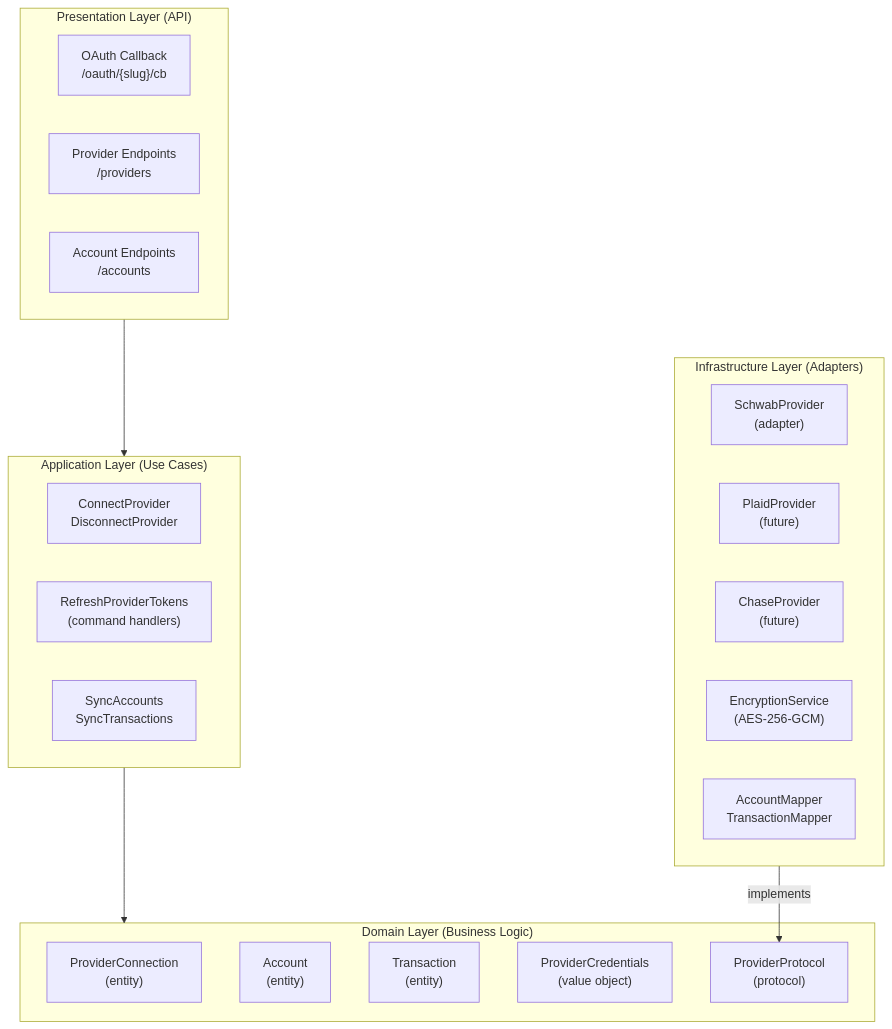
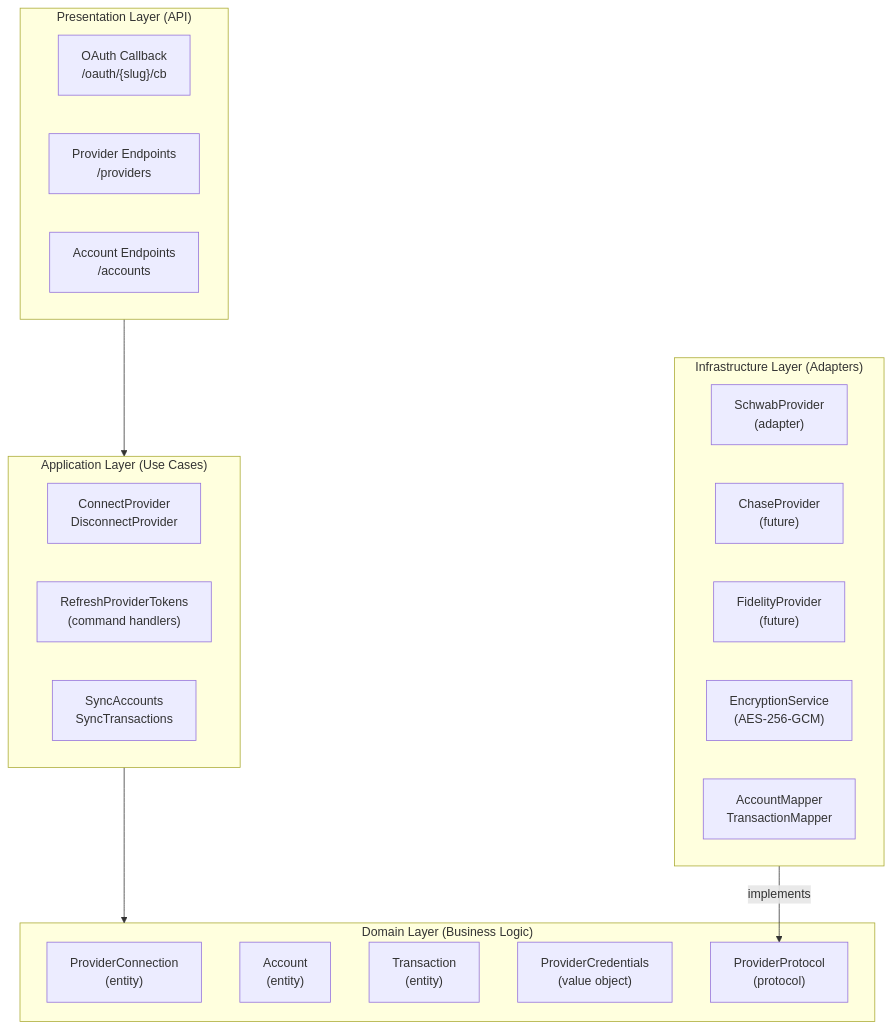
Before and after one commit to faiyaz7283/dashtam-api: the first of 3 diagrams in docs/architecture/provider-integration-architecture.md, drawn with Mermaid. The commit also changed other lines of this file and 28 other files, not shown here.

First line of the commit message:
docs(provider): add integration guide and migrate Plaid references to Chase

````diff
--- a/docs/architecture/provider-integration-architecture.md
+++ b/docs/architecture/provider-integration-architecture.md
@@ -20,34 +20,34 @@
 ```mermaid
 flowchart TB
     subgraph Presentation["Presentation Layer (API)"]
         OC["OAuth Callback<br/>/oauth/{slug}/cb"]
         PE["Provider Endpoints<br/>/providers"]
         AE["Account Endpoints<br/>/accounts"]
     end
 
     subgraph Application["Application Layer (Use Cases)"]
         CP["ConnectProvider<br/>DisconnectProvider"]
         RT["RefreshProviderTokens<br/>(command handlers)"]
         SA["SyncAccounts<br/>SyncTransactions"]
     end
 
     subgraph Domain["Domain Layer (Business Logic)"]
         PC["ProviderConnection<br/>(entity)"]
         ACC["Account<br/>(entity)"]
         TXN["Transaction<br/>(entity)"]
         CRED["ProviderCredentials<br/>(value object)"]
         PP["ProviderProtocol<br/>(protocol)"]
     end
 
     subgraph Infrastructure["Infrastructure Layer (Adapters)"]
         SP["SchwabProvider<br/>(adapter)"]
-        PLP["PlaidProvider<br/>(future)"]
         CHP["ChaseProvider<br/>(future)"]
+        FP["FidelityProvider<br/>(future)"]
         ENC["EncryptionService<br/>(AES-256-GCM)"]
         MAP["AccountMapper<br/>TransactionMapper"]
     end
 
     Presentation --> Application
     Application --> Domain
     Infrastructure -->|"implements"| PP
 ```
````
